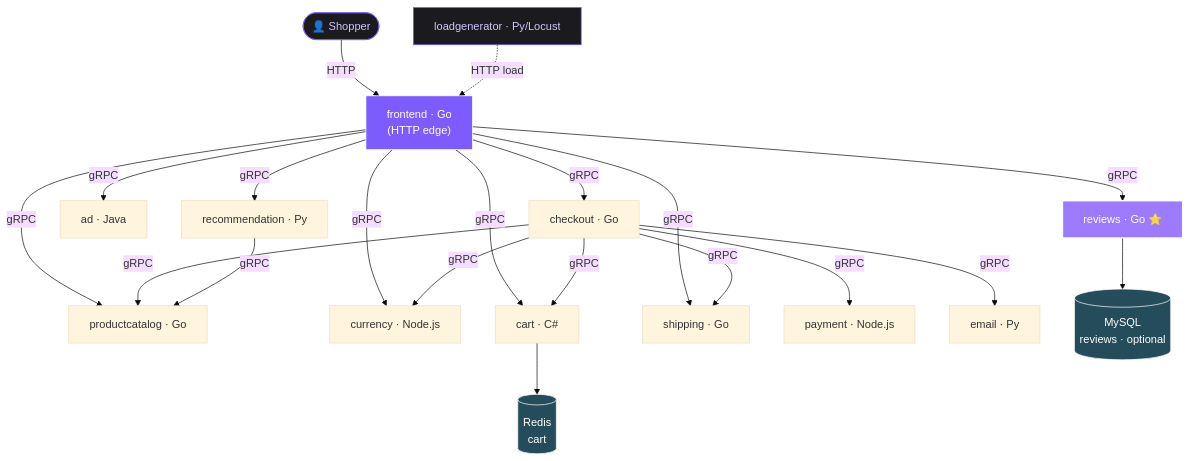
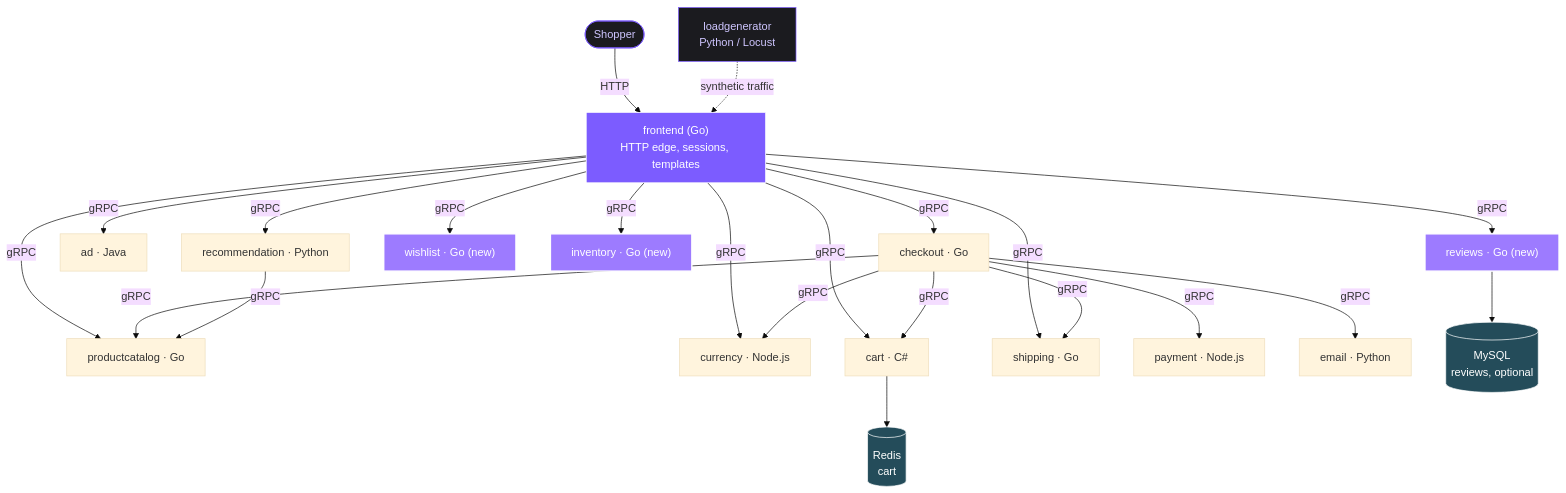
Before and after one commit to grvtech1/VANTA-Boutique: the first of 3 diagrams in README.md, drawn with Mermaid (base theme). The commit also changed other lines of this file, not shown here.

````diff
--- a/README.md
+++ b/README.md
@@ -97,39 +58,38 @@
 ```mermaid
 flowchart TD
-    user([👤 Shopper]):::ext
-    lg[loadgenerator · Py/Locust]:::ext
+    user([Shopper]):::ext
+    lg[loadgenerator<br/>Python / Locust]:::ext
 
     user -->|HTTP| fe
-    lg -. HTTP load .-> fe
+    lg -. synthetic traffic .-> fe
 
-    fe["frontend · Go<br/>(HTTP edge)"]:::edge
+    fe["frontend (Go)<br/>HTTP edge, sessions, templates"]:::edge
 
-    %% frontend fan-out (gRPC)
     fe -->|gRPC| pc[productcatalog · Go]
     fe -->|gRPC| cur[currency · Node.js]
     fe -->|gRPC| cart[cart · C#]
-    fe -->|gRPC| rec[recommendation · Py]
+    fe -->|gRPC| rec[recommendation · Python]
     fe -->|gRPC| ship[shipping · Go]
     fe -->|gRPC| ad[ad · Java]
-    fe -->|gRPC| rev["reviews · Go ⭐"]:::new
+    fe -->|gRPC| rev["reviews · Go (new)"]:::new
+    fe -->|gRPC| wish["wishlist · Go (new)"]:::new
+    fe -->|gRPC| inv["inventory · Go (new)"]:::new
     fe -->|gRPC| co[checkout · Go]
 
-    %% checkout orchestration (gRPC)
     co -->|gRPC| cart
     co -->|gRPC| pc
     co -->|gRPC| cur
     co -->|gRPC| ship
     co -->|gRPC| pay[payment · Node.js]
-    co -->|gRPC| email[email · Py]
+    co -->|gRPC| email[email · Python]
 
     rec -->|gRPC| pc
 
-    %% data stores
     cart --> redis[("Redis<br/>cart")]:::store
-    rev --> pg[("MySQL<br/>reviews · optional")]:::store
+    rev --> mysql[("MySQL<br/>reviews, optional")]:::store
 
     classDef edge  fill:#7c5cff,stroke:#fff,color:#fff;
     classDef new   fill:#9d7bff,stroke:#fff,color:#fff,stroke-width:2px;
     classDef store fill:#244c5a,stroke:#fff,color:#fff;
     classDef ext   fill:#1b1b1f,stroke:#7c5cff,color:#cfc6ff;
 ```
````
